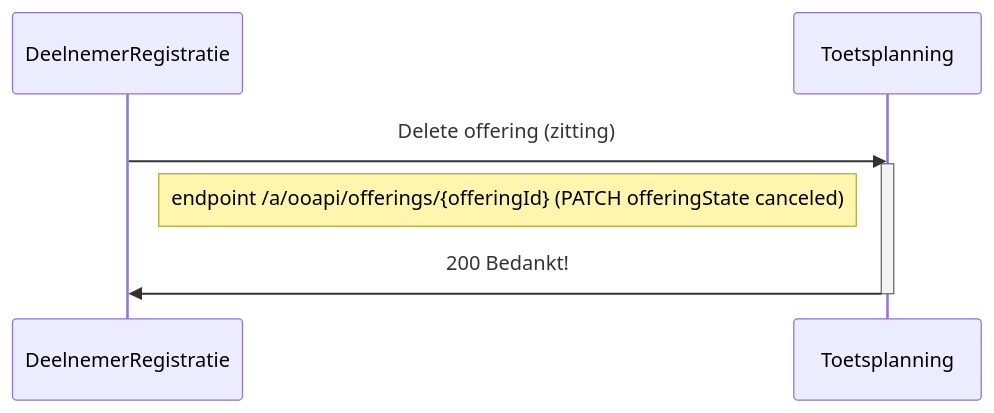
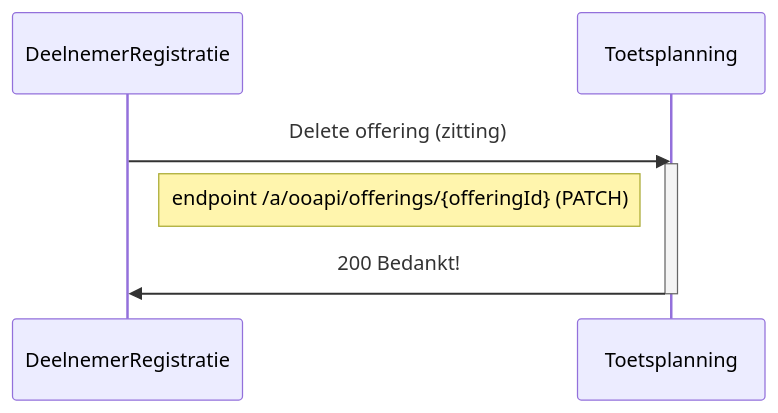
The third of 7 diagrams in doc/flow1.md (NetwerkExamineringDigitalisering/NED-OOAPI), drawn with Mermaid before and after one commit. The commit also changed other lines of this file and 1 other file, not shown here.

Commit message:
updates in flow 2 for short URL (assocaitions)

````diff
--- a/doc/flow1.md
+++ b/doc/flow1.md
@@ -112,11 +112,11 @@
 ```mermaid
 sequenceDiagram
     participant DeelnemerRegistratie
     participant Toetsplanning
     DeelnemerRegistratie->>Toetsplanning: Delete offering (zitting)
     activate Toetsplanning
-    Note right of DeelnemerRegistratie: endpoint /a/ooapi/offerings/{offeringId} (PATCH offeringState canceled)
+    Note right of DeelnemerRegistratie: endpoint /a/ooapi/offerings/{offeringId} (PATCH)
     Toetsplanning->>DeelnemerRegistratie: 200 Bedankt!
     deactivate Toetsplanning
 
 ```
````
